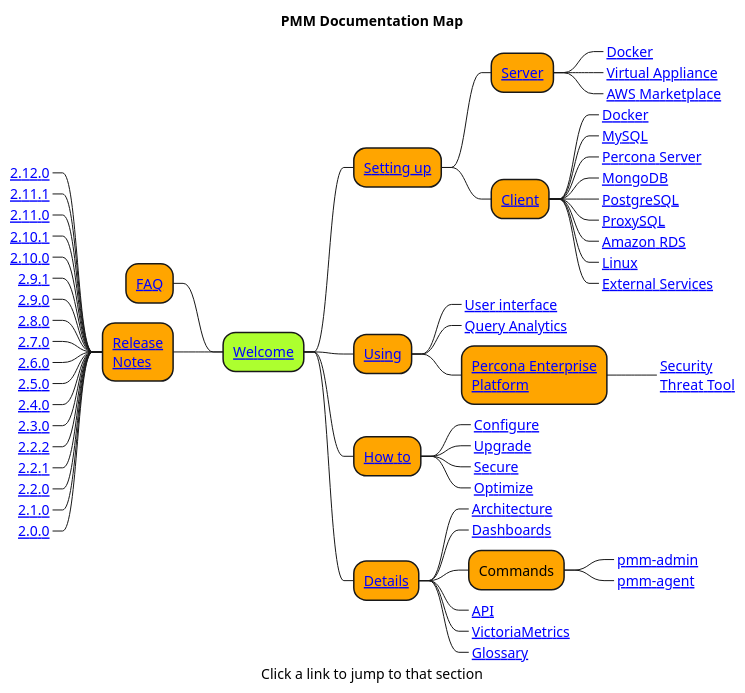
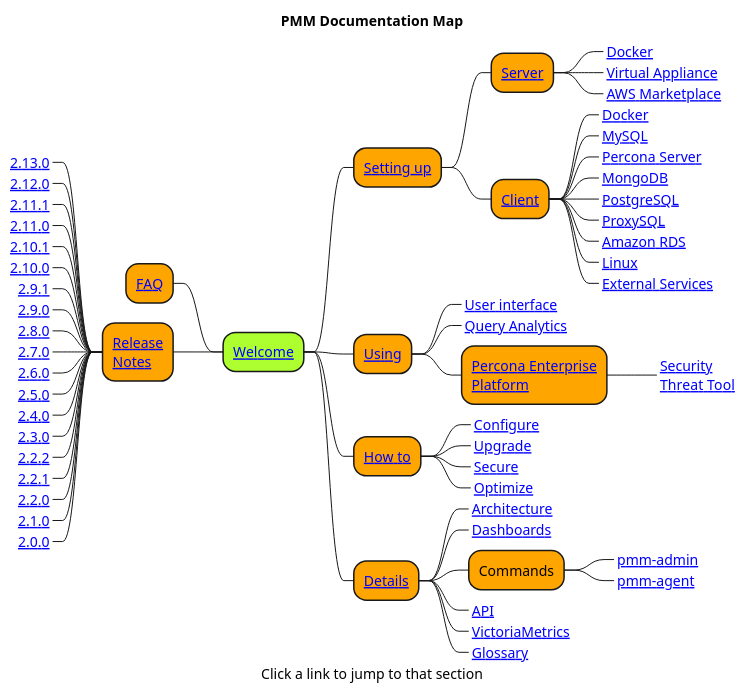
The diagram in resources/Map.puml (percona/pmm), drawn with PlantUML before and after one commit. The commit also changed 1 other file, not shown here.

```diff
--- a/resources/Map.puml
+++ b/resources/Map.puml
@@ -1,83 +1,84 @@
 @startmindmap "PMM_Documentation_Map"
 title PMM Documentation Map
 caption Click a link to jump to that section
 
 
 <style>
 mindmapDiagram {
   node {
     BackgroundColor Orange
   }
 }
 </style>
 
 *[#GreenYellow] [[https://www.percona.com/doc/percona-monitoring-and-management/2.x/index.html Welcome]]
 ** [[https://www.percona.com/doc/percona-monitoring-and-management/2.x/setting-up/ Setting up]]
 '*** [[https://www.percona.com/doc/percona-monitoring-and-management/2.x/setting-up/index.html Setting up: Overview]]
 *** [[https://www.percona.com/doc/percona-monitoring-and-management/2.x/setting-up/server/ Server]]
 '****_ [[https://www.percona.com/doc/percona-monitoring-and-management/2.x/setting-up/server/ Setting up PMM Server: Overview]]
 ****_ [[https://www.percona.com/doc/percona-monitoring-and-management/2.x/setting-up/server/docker.html Docker]]
 ****_ [[https://www.percona.com/doc/percona-monitoring-and-management/2.x/setting-up/server/virtual-appliance.html Virtual Appliance]]
 ****_ [[https://www.percona.com/doc/percona-monitoring-and-management/2.x/setting-up/server/aws.html AWS Marketplace]]
 *** [[https://www.percona.com/doc/percona-monitoring-and-management/2.x/setting-up/client/ Client]]
 '****_ [[https://www.percona.com/doc/percona-monitoring-and-management/2.x/setting-up/client/ Setting up PMM Clients]]
 ****_ [[https://www.percona.com/doc/percona-monitoring-and-management/2.x/setting-up/client/docker.html Docker]]
 ****_ [[https://www.percona.com/doc/percona-monitoring-and-management/2.x/setting-up/client/mysql.html MySQL]]
 ****_ [[https://www.percona.com/doc/percona-monitoring-and-management/2.x/setting-up/client/percona-server.html Percona Server]]
 ****_ [[https://www.percona.com/doc/percona-monitoring-and-management/2.x/setting-up/client/mongodb.html MongoDB]]
 ****_ [[https://www.percona.com/doc/percona-monitoring-and-management/2.x/setting-up/client/postgresql.html PostgreSQL]]
 ****_ [[https://www.percona.com/doc/percona-monitoring-and-management/2.x/setting-up/client/proxysql.html ProxySQL]]
 ****_ [[https://www.percona.com/doc/percona-monitoring-and-management/2.x/setting-up/client/aws.html Amazon RDS]]
 ****_ [[https://www.percona.com/doc/percona-monitoring-and-management/2.x/setting-up/client/linux.html Linux]]
 ****_ [[https://www.percona.com/doc/percona-monitoring-and-management/2.x/setting-up/client/external.html External Services]]
 
 ** [[https://www.percona.com/doc/percona-monitoring-and-management/2.x/using/ Using]]
 '***_ [[https://www.percona.com/doc/percona-monitoring-and-management/2.x/using/ Using: Overview]]
 ***_ [[https://www.percona.com/doc/percona-monitoring-and-management/2.x/using/interface.html User interface]]
 ***_ [[https://www.percona.com/doc/percona-monitoring-and-management/2.x/using/query-analytics.html Query Analytics]]
 *** [[https://www.percona.com/doc/percona-monitoring-and-management/2.x/using/platform/ Percona Enterprise\nPlatform]]
 '***_ [[https://www.percona.com/doc/percona-monitoring-and-management/2.x/using/platform/ About Percona Enterprise Platform]]
 ****_ [[https://www.percona.com/doc/percona-monitoring-and-management/2.x/using/platform/security-threat-tool.html Security\nThreat Tool]]
 
 ** [[https://www.percona.com/doc/percona-monitoring-and-management/2.x/how-to/ How to]]
 '***_ [[https://www.percona.com/doc/percona-monitoring-and-management/2.x/how-to/ How to: Overview]]
 ***_ [[https://www.percona.com/doc/percona-monitoring-and-management/2.x/how-to/configure.html Configure]]
 ***_ [[https://www.percona.com/doc/percona-monitoring-and-management/2.x/how-to/upgrade.html Upgrade]]
 ***_ [[https://www.percona.com/doc/percona-monitoring-and-management/2.x/how-to/secure.html Secure]]
 ***_ [[https://www.percona.com/doc/percona-monitoring-and-management/2.x/how-to/optimize.html Optimize]]
 
 ** [[https://www.percona.com/doc/percona-monitoring-and-management/2.x/details/ Details]]
 '***_ [[https://www.percona.com/doc/percona-monitoring-and-management/2.x/details/ Details: Overview]]
 ***_ [[https://www.percona.com/doc/percona-monitoring-and-management/2.x/details/architecture.html Architecture]]
 ***_ [[https://www.percona.com/doc/percona-monitoring-and-management/2.x/details/dashboards/ Dashboards]]
 *** Commands
 ****_ [[https://www.percona.com/doc/percona-monitoring-and-management/2.x/details/commands/pmm-admin.html pmm-admin]]
 ****_ [[https://www.percona.com/doc/percona-monitoring-and-management/2.x/details/commands/pmm-agent.html pmm-agent]]
 ***_ [[https://www.percona.com/doc/percona-monitoring-and-management/2.x/details/api.html API]]
 ***_ [[https://www.percona.com/doc/percona-monitoring-and-management/2.x/details/victoria-metrics.html VictoriaMetrics]]
 ***_ [[https://www.percona.com/doc/percona-monitoring-and-management/2.x/details/glossary.html Glossary]]
 
 left side
 
 ** [[https://www.percona.com/doc/percona-monitoring-and-management/2.x/faq.html FAQ]]
 
 ** [[https://www.percona.com/doc/percona-monitoring-and-management/2.x/release-notes/ Release\nNotes]]
+***_ [[https://www.percona.com/doc/percona-monitoring-and-management/2.x/release-notes/2.13.0.html 2.13.0]]
 ***_ [[https://www.percona.com/doc/percona-monitoring-and-management/2.x/release-notes/2.12.0.html 2.12.0]]
 ***_ [[https://www.percona.com/doc/percona-monitoring-and-management/2.x/release-notes/2.11.1.html 2.11.1]]
 ***_ [[https://www.percona.com/doc/percona-monitoring-and-management/2.x/release-notes/2.11.0.html 2.11.0]]
 ***_ [[https://www.percona.com/doc/percona-monitoring-and-management/2.x/release-notes/2.10.1.html 2.10.1]]
 ***_ [[https://www.percona.com/doc/percona-monitoring-and-management/2.x/release-notes/2.10.0.html 2.10.0]]
 ***_ [[https://www.percona.com/doc/percona-monitoring-and-management/2.x/release-notes/2.9.1.html 2.9.1]]
 ***_ [[https://www.percona.com/doc/percona-monitoring-and-management/2.x/release-notes/2.9.0.html 2.9.0]]
 ***_ [[https://www.percona.com/doc/percona-monitoring-and-management/2.x/release-notes/2.8.0.html 2.8.0]]
 ***_ [[https://www.percona.com/doc/percona-monitoring-and-management/2.x/release-notes/2.7.0.html 2.7.0]]
 ***_ [[https://www.percona.com/doc/percona-monitoring-and-management/2.x/release-notes/2.6.0.html 2.6.0]]
 ***_ [[https://www.percona.com/doc/percona-monitoring-and-management/2.x/release-notes/2.5.0.html 2.5.0]]
 ***_ [[https://www.percona.com/doc/percona-monitoring-and-management/2.x/release-notes/2.4.0.html 2.4.0]]
 ***_ [[https://www.percona.com/doc/percona-monitoring-and-management/2.x/release-notes/2.3.0.html 2.3.0]]
 ***_ [[https://www.percona.com/doc/percona-monitoring-and-management/2.x/release-notes/2.2.2.html 2.2.2]]
 ***_ [[https://www.percona.com/doc/percona-monitoring-and-management/2.x/release-notes/2.2.1.html 2.2.1]]
 ***_ [[https://www.percona.com/doc/percona-monitoring-and-management/2.x/release-notes/2.2.0.html 2.2.0]]
 ***_ [[https://www.percona.com/doc/percona-monitoring-and-management/2.x/release-notes/2.1.0.html 2.1.0]]
 ***_ [[https://www.percona.com/doc/percona-monitoring-and-management/2.x/release-notes/2.0.0.html 2.0.0]]
 @endmindmap
```
